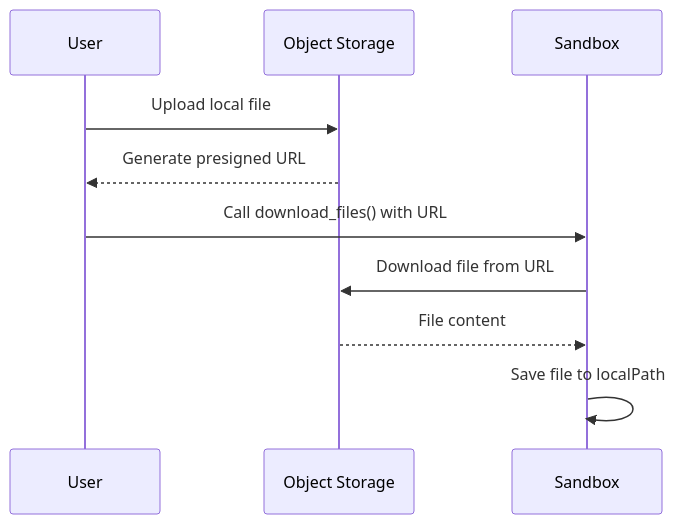
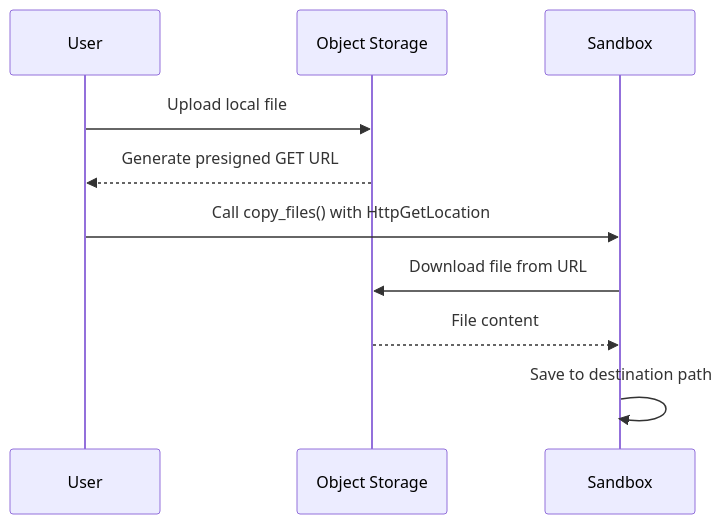
Before and after one commit to lybic/lybic-sdk-python: the first of 2 diagrams in docs/example.md, drawn with Mermaid. The commit also changed other lines of this file and 3 other files, not shown here.

````diff
--- a/docs/example.md
+++ b/docs/example.md
@@ -504,13 +525,13 @@
    ```mermaid
    sequenceDiagram
        participant User
        participant MinIO as Object Storage
        participant Sandbox
 
        User->>MinIO: Upload local file
-       MinIO-->>User: Generate presigned URL
-       User->>Sandbox: Call download_files() with URL
+       MinIO-->>User: Generate presigned GET URL
+       User->>Sandbox: Call copy_files() with HttpGetLocation
        Sandbox->>MinIO: Download file from URL
        MinIO-->>Sandbox: File content
-       Sandbox->>Sandbox: Save file to localPath
+       Sandbox->>Sandbox: Save to destination path
    ```
````
